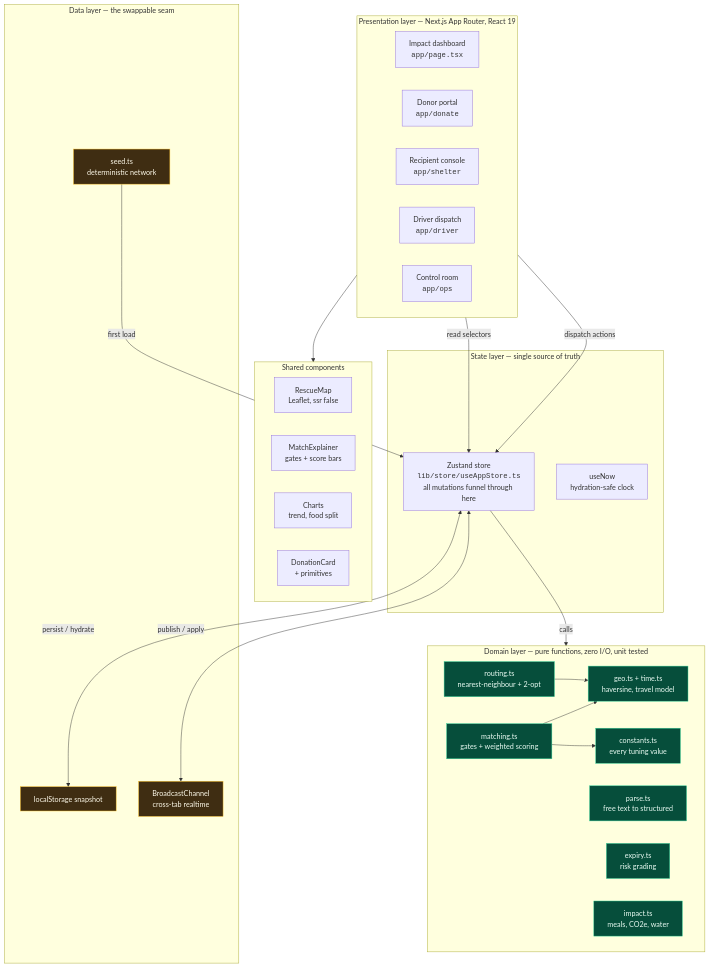
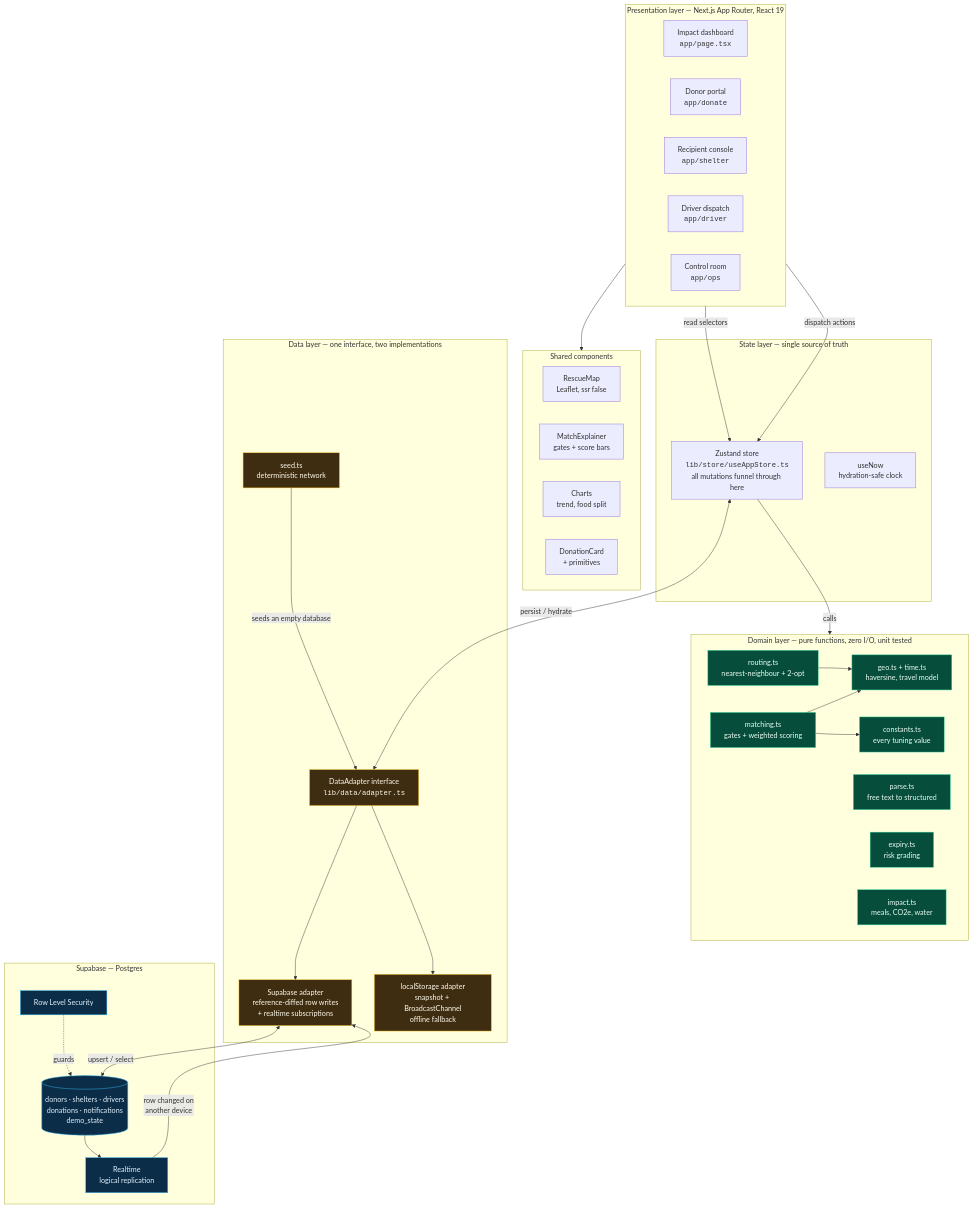
Before and after one commit to p7yush/surplus-to-shelter: the first of 6 diagrams in docs/ARCHITECTURE.md, drawn with Mermaid. The commit also changed other lines of this file and 5 other files, not shown here.

First line of the commit message:
Fix shelter hour columns to store minutes, guard seed against schema drift

````diff
--- a/docs/ARCHITECTURE.md
+++ b/docs/ARCHITECTURE.md
@@ -13,57 +13,71 @@
 ```mermaid
 flowchart TB
     subgraph views["Presentation layer — Next.js App Router, React 19"]
         direction LR
         V1["Impact dashboard<br/><code>app/page.tsx</code>"]
         V2["Donor portal<br/><code>app/donate</code>"]
         V3["Recipient console<br/><code>app/shelter</code>"]
         V4["Driver dispatch<br/><code>app/driver</code>"]
         V5["Control room<br/><code>app/ops</code>"]
     end
 
     subgraph ui["Shared components"]
         direction LR
         C1["RescueMap<br/>Leaflet, ssr false"]
         C2["MatchExplainer<br/>gates + score bars"]
         C3["Charts<br/>trend, food split"]
         C4["DonationCard<br/>+ primitives"]
     end
 
     subgraph state["State layer — single source of truth"]
         ST["Zustand store<br/><code>lib/store/useAppStore.ts</code><br/>all mutations funnel through here"]
         HK["useNow<br/>hydration-safe clock"]
     end
 
     subgraph domain["Domain layer — pure functions, zero I/O, unit tested"]
         direction LR
         D1["matching.ts<br/>gates + weighted scoring"]
         D2["routing.ts<br/>nearest-neighbour + 2-opt"]
         D3["parse.ts<br/>free text to structured"]
         D4["expiry.ts<br/>risk grading"]
         D5["impact.ts<br/>meals, CO2e, water"]
         D6["geo.ts + time.ts<br/>haversine, travel model"]
         D7["constants.ts<br/>every tuning value"]
     end
 
-    subgraph data["Data layer — the swappable seam"]
-        DL["localStorage snapshot"]
-        BC["BroadcastChannel<br/>cross-tab realtime"]
+    subgraph data["Data layer — one interface, two implementations"]
+        AD["DataAdapter interface<br/><code>lib/data/adapter.ts</code>"]
+        SA["Supabase adapter<br/>reference-diffed row writes<br/>+ realtime subscriptions"]
+        LA["localStorage adapter<br/>snapshot + BroadcastChannel<br/>offline fallback"]
         SD["seed.ts<br/>deterministic network"]
+    end
+
+    subgraph backend["Supabase — Postgres"]
+        PG[("donors · shelters · drivers<br/>donations · notifications<br/>demo_state")]
+        RT["Realtime<br/>logical replication"]
+        RLS["Row Level Security"]
     end
 
     views --> ui
     views -->|"read selectors"| ST
     views -->|"dispatch actions"| ST
     ST -->|"calls"| domain
     D1 --> D6
     D2 --> D6
     D1 --> D7
-    ST <-->|"persist / hydrate"| DL
-    ST <-->|"publish / apply"| BC
-    SD -->|"first load"| ST
+    ST <-->|"persist / hydrate"| AD
+    AD --> SA
+    AD --> LA
+    SD -->|"seeds an empty database"| AD
+    SA <-->|"upsert / select"| PG
+    RT -->|"row changed on<br/>another device"| SA
+    PG --> RT
+    RLS -.->|"guards"| PG
 
     classDef pure fill:#064e3b,stroke:#34d399,color:#ecfdf5
     classDef seam fill:#3f2d12,stroke:#fbbf24,color:#fffbeb
+    classDef db fill:#0c2d48,stroke:#38bdf8,color:#e0f2fe
     class D1,D2,D3,D4,D5,D6,D7 pure
-    class DL,BC,SD seam
+    class AD,SA,LA,SD seam
+    class PG,RT,RLS db
 ```
````
